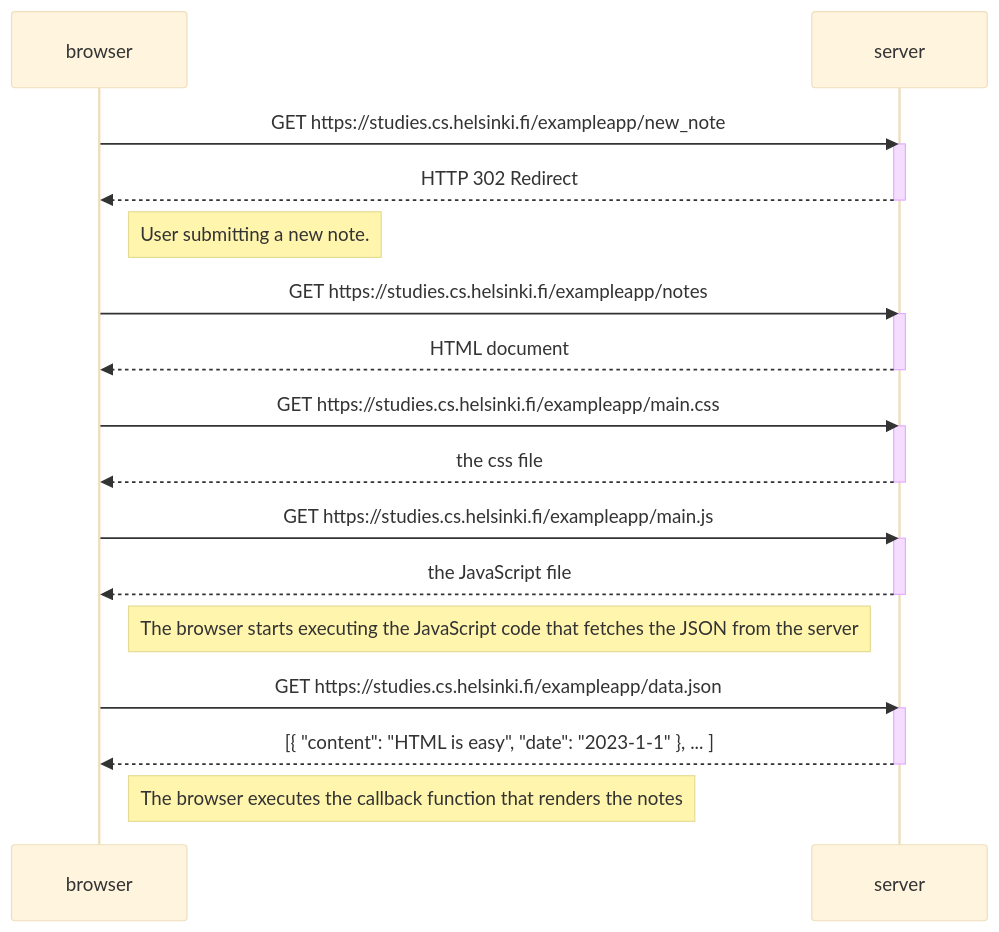
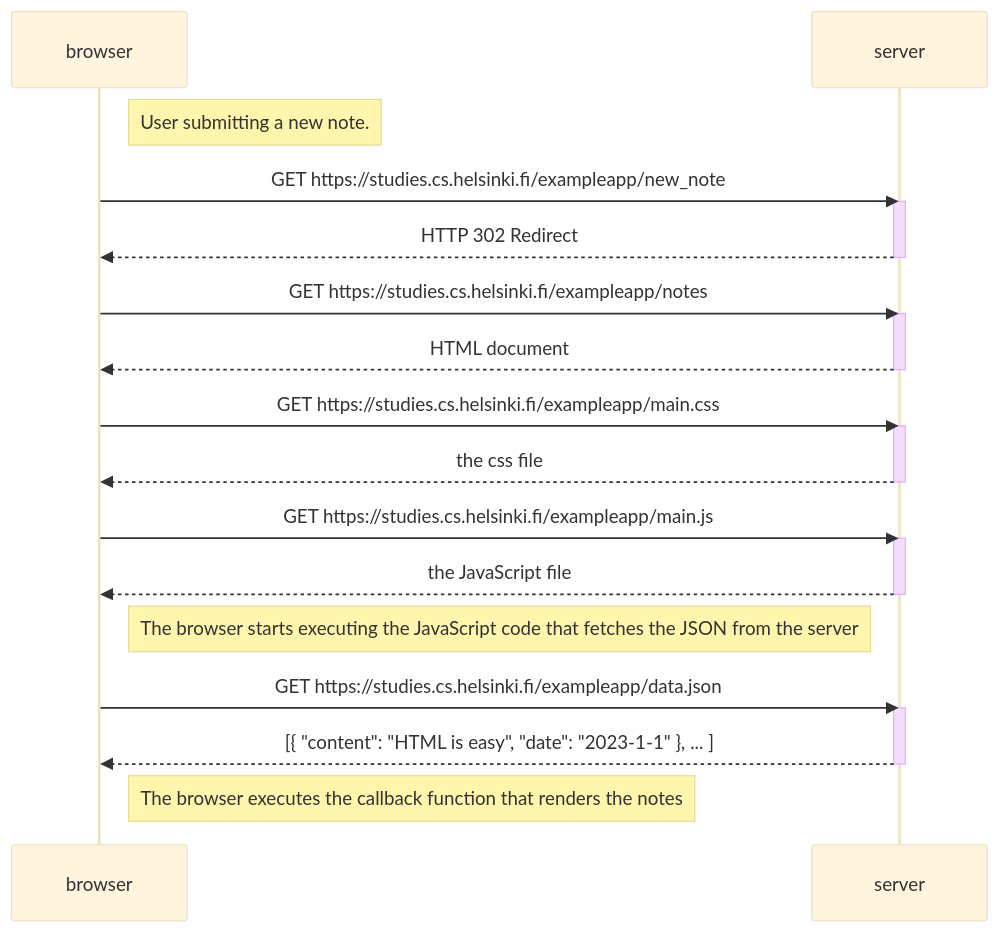
One commit to ferieddr/fullstackopen changed the diagram in part0/0.4-New_note_diagram.md. Above: the diagram before and after it, drawn with Mermaid (base theme). The commit also changed other lines of this file, not shown here.

````diff
--- a/part0/0.4-New_note_diagram.md
+++ b/part0/0.4-New_note_diagram.md
@@ -3,36 +3,36 @@
 ```mermaid
 sequenceDiagram
     participant browser
     participant server
 
+    Note right of browser: User submitting a new note.
+
     browser->>server: GET https://studies.cs.helsinki.fi/exampleapp/new_note
     activate server
     server-->>browser: HTTP 302 Redirect
     deactivate server
-
-    Note right of browser: User submitting a new note.
 
     browser->>server: GET https://studies.cs.helsinki.fi/exampleapp/notes
     activate server
     server-->>browser: HTML document
     deactivate server
 
     browser->>server: GET https://studies.cs.helsinki.fi/exampleapp/main.css
     activate server
     server-->>browser: the css file
     deactivate server
 
     browser->>server: GET https://studies.cs.helsinki.fi/exampleapp/main.js
     activate server
     server-->>browser: the JavaScript file
     deactivate server
 
     Note right of browser: The browser starts executing the JavaScript code that fetches the JSON from the server
 
     browser->>server: GET https://studies.cs.helsinki.fi/exampleapp/data.json
     activate server
     server-->>browser: [{ "content": "HTML is easy", "date": "2023-1-1" }, ... ]
     deactivate server
 
     Note right of browser: The browser executes the callback function that renders the notes
 ```
````
